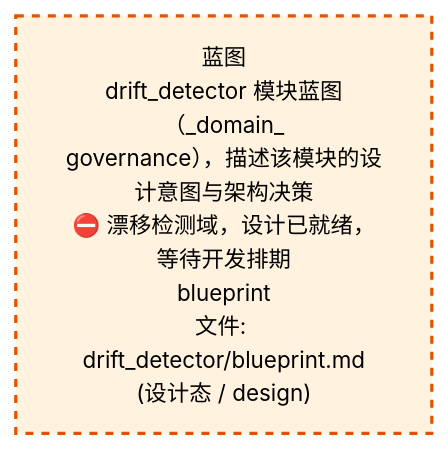
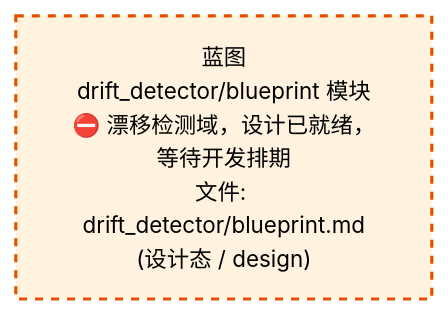
The third of 4 diagrams in docs/02_enterprise_architecture/02_domain_architecture_docs/52_d_gov_drift.md (xuanFelixVan/ZephyrAlpha), drawn with Mermaid before and after one commit. The commit also changed other lines of this file and 60 other files, not shown here.

````diff
--- a/docs/02_enterprise_architecture/02_domain_architecture_docs/52_d_gov_drift.md
+++ b/docs/02_enterprise_architecture/02_domain_architecture_docs/52_d_gov_drift.md
@@ -457,10 +457,10 @@
 ```mermaid
 %%{init: {'theme': 'base', 'themeVariables': {'primaryColor': '#eaeaea', 'primaryTextColor': '#333333', 'primaryBorderColor': '#666666', 'lineColor': '#666666', 'secondaryColor': '#eaeaea', 'tertiaryColor': '#eaeaea', 'fontSize': '14px'}}}%%
 flowchart TD
-    docs_03_modules_domain_governance_drift_detector_blueprint_md["蓝图<br/>drift_detector 模块蓝图（_domain_<br/>governance），描述该模块的设计意图与架构决策<br/>⛔ 漂移检测域，设计已就绪，等待开发排期<br/>blueprint<br/>文件: drift_detector/blueprint.md<br/>(设计态 / design)"]
+    docs_03_modules_domain_governance_drift_detector_blueprint_md["蓝图<br/>drift_detector/blueprint 模块<br/>⛔ 漂移检测域，设计已就绪，等待开发排期<br/>文件: drift_detector/blueprint.md<br/>(设计态 / design)"]
     classDef production fill:#e1f5fe,stroke:#01579b,stroke-width:2px,color:#000
     classDef design fill:#fff3e0,stroke:#e65100,stroke-width:2px,color:#000,stroke-dasharray: 5 5
     classDef external_prod fill:#e8f4fd,stroke:#0277bd,stroke-width:1px,color:#000
     classDef external_design fill:#fff8e7,stroke:#ef6c00,stroke-width:1px,color:#000,stroke-dasharray: 5 5
     class docs_03_modules_domain_governance_drift_detector_blueprint_md design
 ```
````
